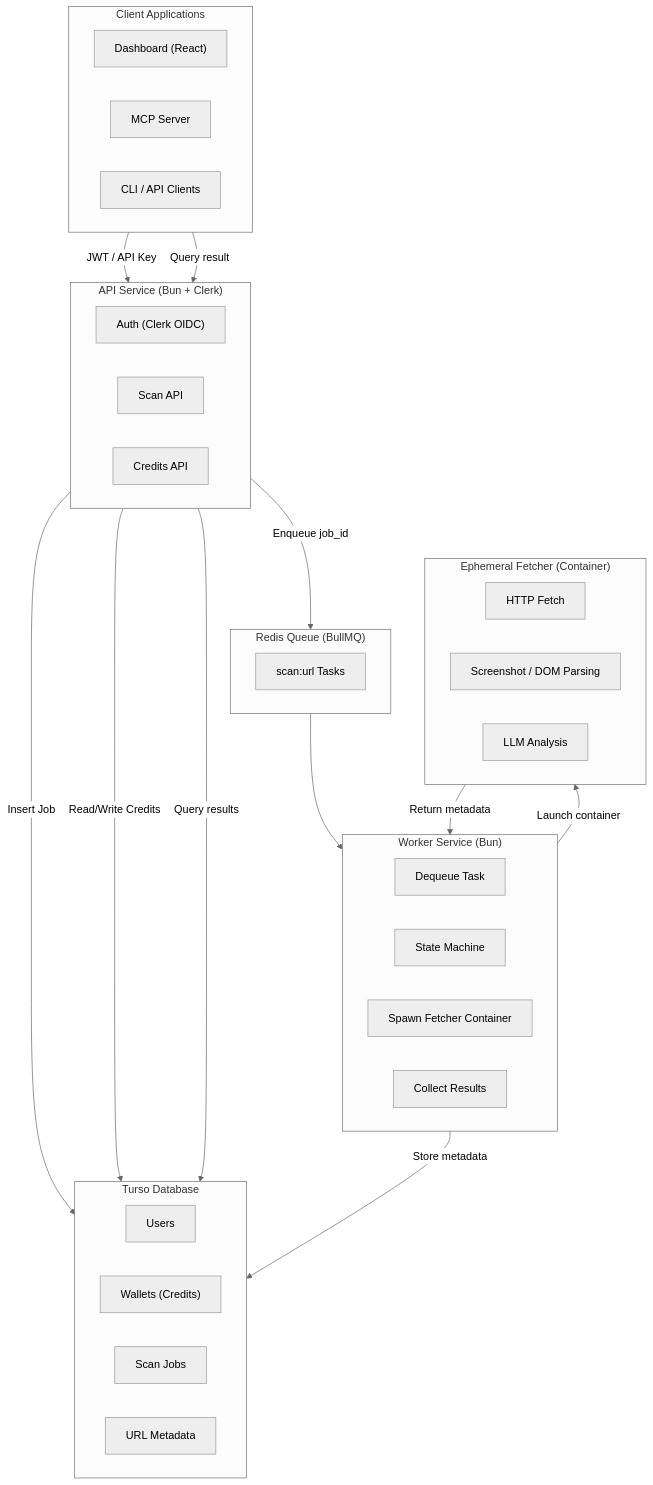
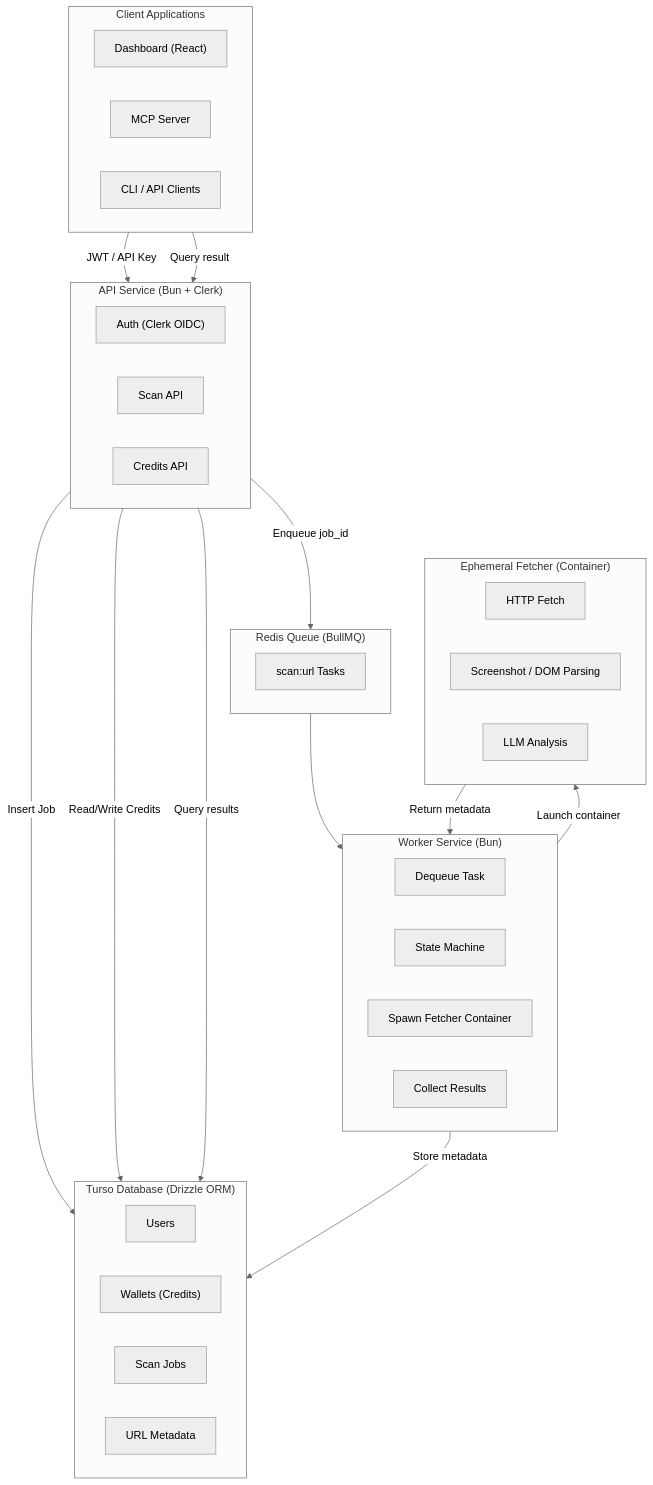
Before and after one commit to safeurlai/safeurl: the first of 3 diagrams in README.md, drawn with Mermaid (neutral theme). The commit also changed other lines of this file, not shown here.

````diff
--- a/README.md
+++ b/README.md
@@ -35,49 +35,49 @@
 ```mermaid
 flowchart TD
     subgraph CLIENT["Client Applications"]
         A1["Dashboard (React)"]
         A2["MCP Server"]
         A3["CLI / API Clients"]
     end
 
     subgraph API["API Service (Bun + Clerk)"]
         B1["Auth (Clerk OIDC)"]
         B2["Scan API"]
         B3["Credits API"]
     end
 
-    subgraph DB["Turso Database"]
+    subgraph DB["Turso Database (Drizzle ORM)"]
         C1["Users"]
         C2["Wallets (Credits)"]
         C3["Scan Jobs"]
         C4["URL Metadata"]
     end
 
     subgraph QUEUE["Redis Queue (BullMQ)"]
         D1["scan:url Tasks"]
     end
 
     subgraph WORKER["Worker Service (Bun)"]
         E1["Dequeue Task"]
         E2["State Machine"]
         E3["Spawn Fetcher Container"]
         E4["Collect Results"]
     end
 
     subgraph FETCHER["Ephemeral Fetcher (Container)"]
         F1["HTTP Fetch"]
         F2["Screenshot / DOM Parsing"]
         F3["LLM Analysis"]
     end
 
     CLIENT -->|JWT / API Key| API
     API -->|Insert Job| DB
     API -->|Read/Write Credits| DB
     API -->|Enqueue job_id| QUEUE
     API -->|Query results| DB
     QUEUE --> WORKER
     WORKER -->|Launch container| FETCHER
     FETCHER -->|Return metadata| WORKER
     WORKER -->|Store metadata| DB
     CLIENT -->|Query result| API
 ```
````
